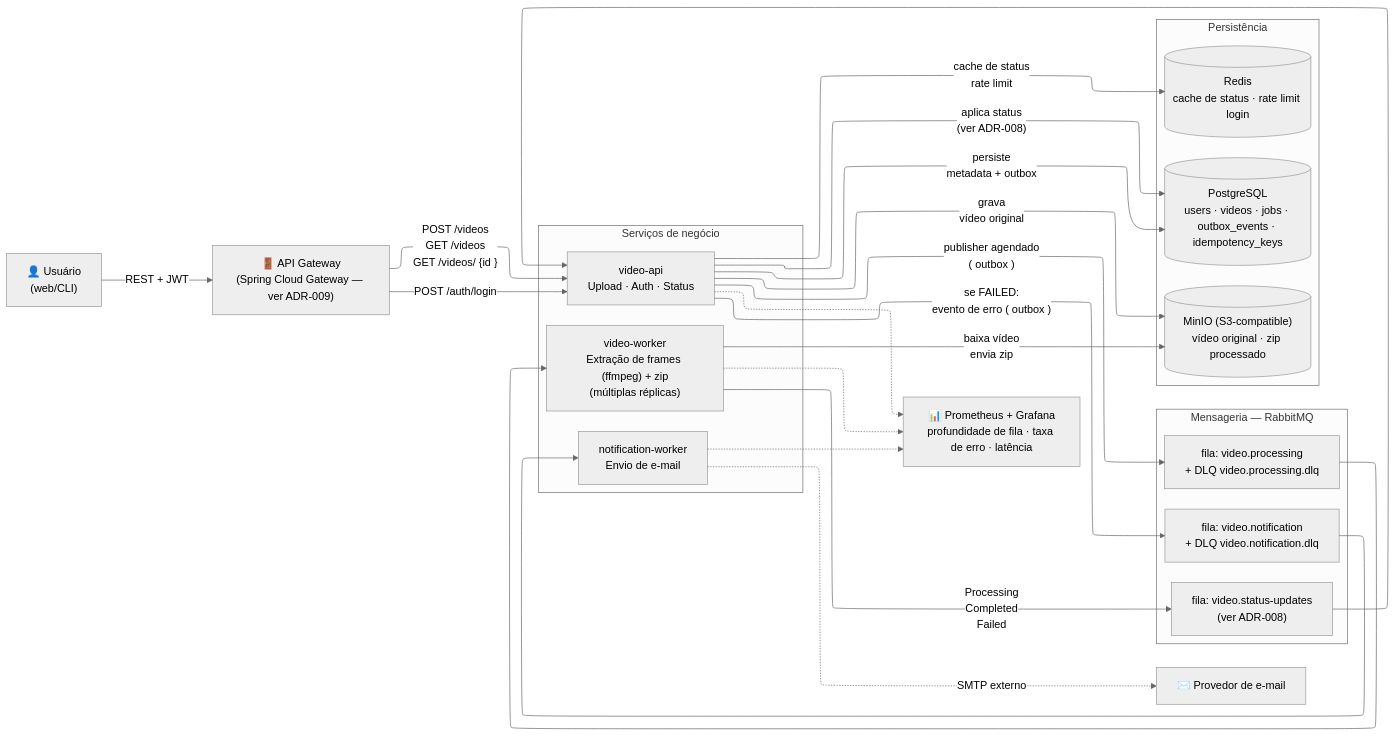
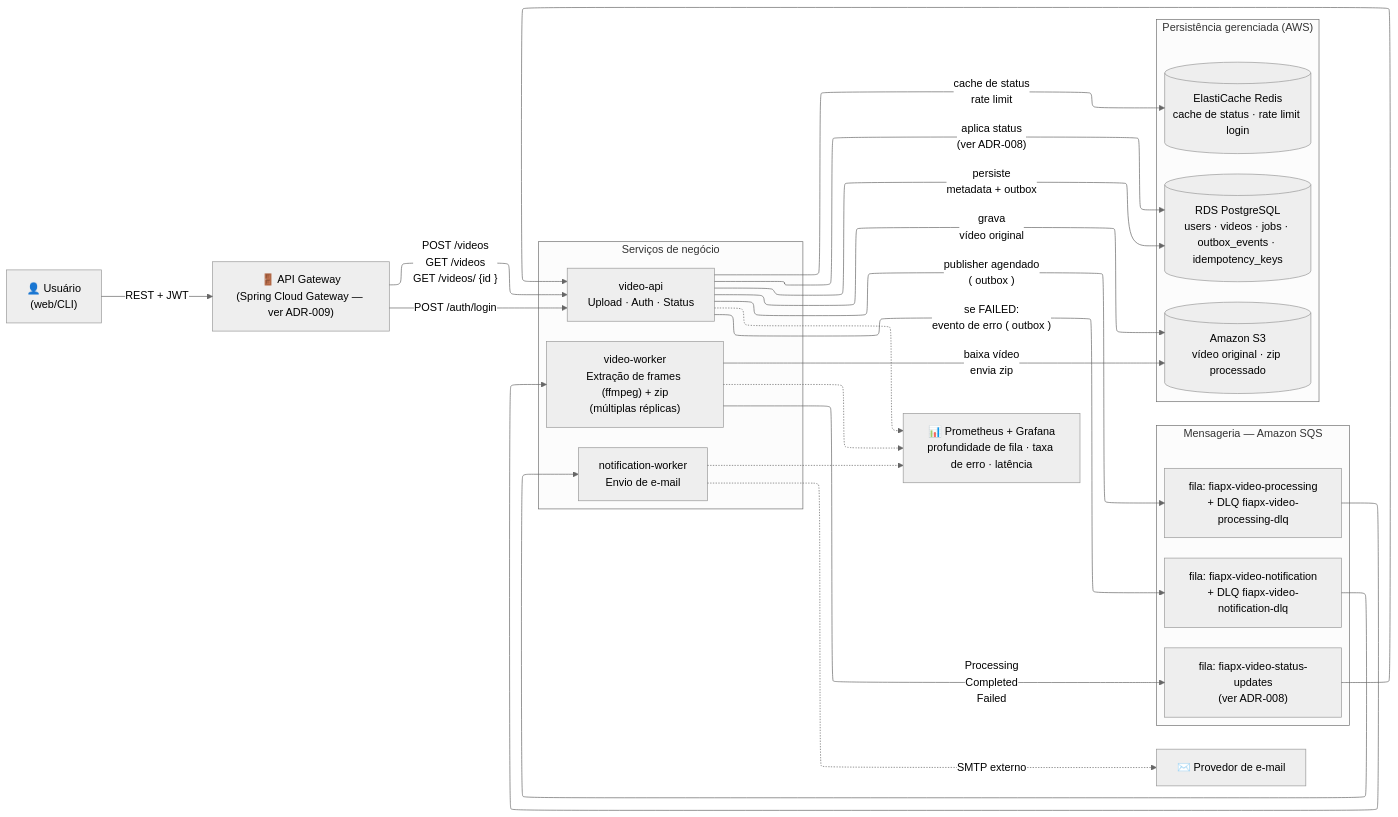
Before and after one commit to fredericoffs/fiapx-video-platform: the first of 5 diagrams in docs/architecture/hld-lld-adr-rfc.md, drawn with Mermaid. The commit also changed other lines of this file and 8 other files, not shown here.

````diff
--- a/docs/architecture/hld-lld-adr-rfc.md
+++ b/docs/architecture/hld-lld-adr-rfc.md
@@ -122,45 +121,45 @@
 ```mermaid
 ---
 config:
   theme: neutral
   fontFamily: '''Open Sans Variable'', sans-serif'
   layout: elk
   look: classic
   themeVariables:
     fontFamily: '''Open Sans Variable'', sans-serif'
 ---
     flowchart LR
         subgraph CORE["Serviços de negócio"]
             API["video-api<br>Upload · Auth · Status"]
             WRK["video-worker<br>Extração de frames (ffmpeg) + zip<br>(múltiplas réplicas)"]
             NOT["notification-worker<br>Envio de e-mail"]
         end
-        subgraph MSG["Mensageria — RabbitMQ"]
-            Q1["fila: video.processing<br>+ DLQ video.processing.dlq"]
-            Q2["fila: video.notification<br>+ DLQ video.notification.dlq"]
-            Q3["fila: video.status-updates<br>(ver ADR-008)"]
+        subgraph MSG["Mensageria — Amazon SQS"]
+            Q1["fila: fiapx-video-processing<br>+ DLQ fiapx-video-processing-dlq"]
+            Q2["fila: fiapx-video-notification<br>+ DLQ fiapx-video-notification-dlq"]
+            Q3["fila: fiapx-video-status-updates<br>(ver ADR-008)"]
         end
-        subgraph DATA["Persistência"]
-            PG[("PostgreSQL<br>users · videos · jobs · outbox_events · idempotency_keys")]
-            RD[("Redis<br>cache de status · rate limit login")]
-            S3[("MinIO (S3-compatible)<br>vídeo original · zip processado")]
+        subgraph DATA["Persistência gerenciada (AWS)"]
+            PG[("RDS PostgreSQL<br>users · videos · jobs · outbox_events · idempotency_keys")]
+            RD[("ElastiCache Redis<br>cache de status · rate limit login")]
+            S3[("Amazon S3<br>vídeo original · zip processado")]
         end
         CLI["👤 Usuário<br>(web/CLI)"] -- REST + JWT --> GW["🚪 API Gateway<br>(Spring Cloud Gateway — ver ADR-009)"]
         GW -- POST /auth/login --> API
         GW -- POST /videos<br>GET /videos<br>GET /videos/ {id } --> API
         API -- grava<br>vídeo original --> S3
         API -- persiste<br>metadata + outbox --> PG
         API -- cache de status<br>rate limit --> RD
         API -- publisher agendado<br> ( outbox ) --> Q1
         Q1 --> WRK
         WRK -- baixa vídeo<br>envia zip --> S3
         WRK -- Processing<br>Completed<br>Failed --> Q3
         Q3 --> API
         API -- " aplica status<br>(ver ADR-008) " --> PG
         API -- se FAILED:<br>evento de erro ( outbox ) --> Q2
         Q2 --> NOT
         NOT -. SMTP externo .-> EMAIL["✉️ Provedor de e-mail"]
         API -.-> OBS["📊 Prometheus + Grafana<br>profundidade de fila · taxa de erro · latência"]
         WRK -.-> OBS
         NOT -.-> OBS
 ```
````
